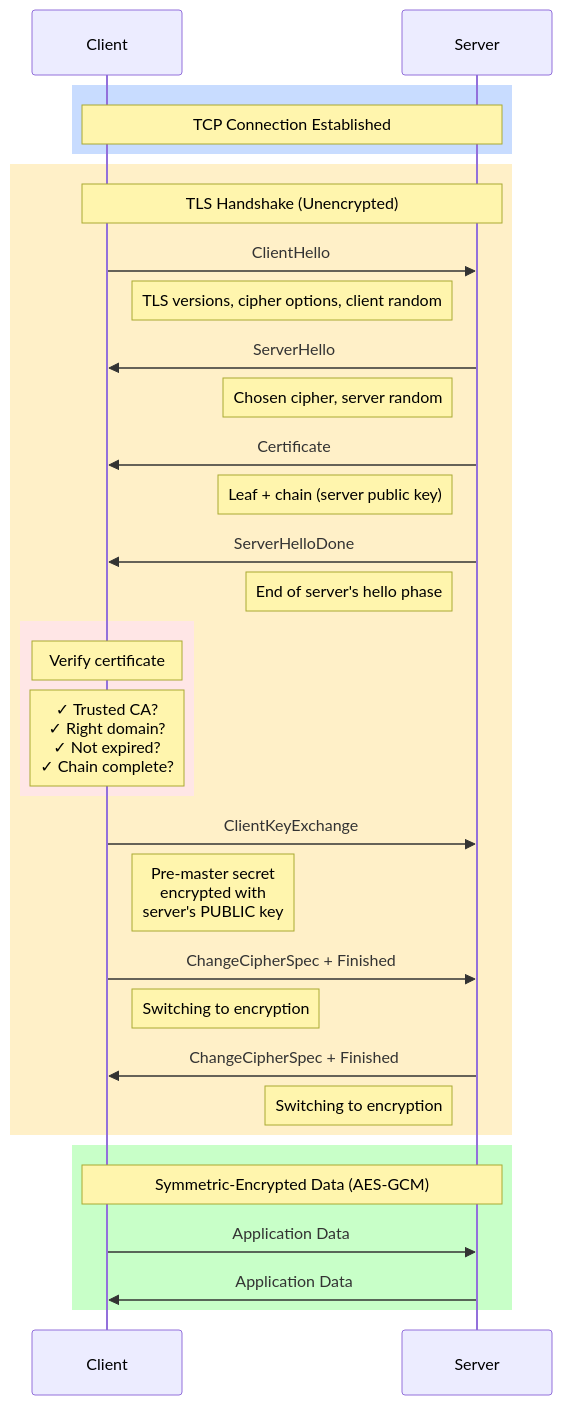
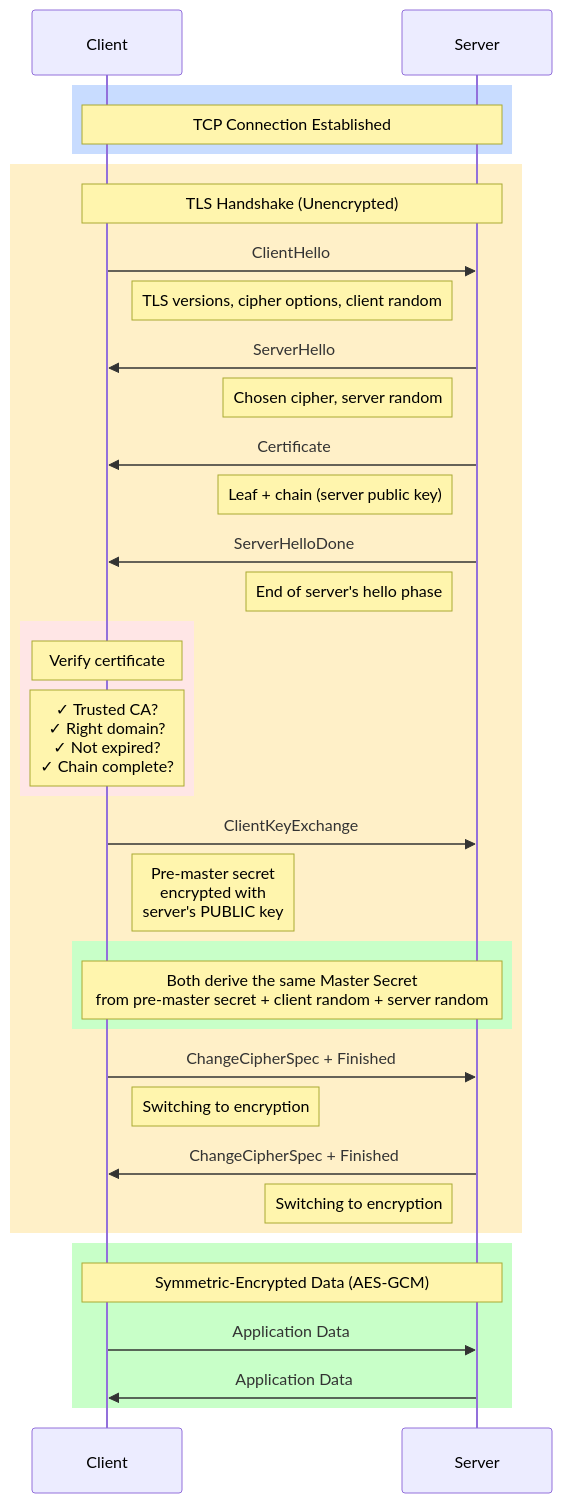
Before and after one commit to mohsinds/cheatsheet: the second of 11 diagrams in Auth identity crypto guide.md, drawn with Mermaid. The commit also changed other lines of this file, not shown here.

First line of the commit message:
Fix structure, dedupe diagrams, add missing definitions

````diff
--- a/Auth identity crypto guide.md
+++ b/Auth identity crypto guide.md
@@ -331,44 +306,48 @@
 ```mermaid
 sequenceDiagram
     participant Client
     participant Server
     
     rect rgb(200, 220, 255)
     Note over Client,Server: TCP Connection Established
     end
     
     rect rgb(255, 240, 200)
     Note over Client,Server: TLS Handshake (Unencrypted)
     Client->>Server: ClientHello
     Note right of Client: TLS versions, cipher options, client random
     
     Server->>Client: ServerHello
     Note left of Server: Chosen cipher, server random
     
     Server->>Client: Certificate
     Note left of Server: Leaf + chain (server public key)
     
     Server->>Client: ServerHelloDone
     Note left of Server: End of server's hello phase
     
     rect rgb(255, 230, 230)
     Note over Client: Verify certificate
     Note over Client: ✓ Trusted CA?<br/>✓ Right domain?<br/>✓ Not expired?<br/>✓ Chain complete?
     end
     
     Client->>Server: ClientKeyExchange
     Note right of Client: Pre-master secret<br/>encrypted with<br/>server's PUBLIC key
     
+    rect rgb(200, 255, 200)
+    Note over Client,Server: Both derive the same Master Secret<br/>from pre-master secret + client random + server random
+    end
+    
     Client->>Server: ChangeCipherSpec + Finished
     Note right of Client: Switching to encryption
     
     Server->>Client: ChangeCipherSpec + Finished
     Note left of Server: Switching to encryption
     end
     
     rect rgb(200, 255, 200)
     Note over Client,Server: Symmetric-Encrypted Data (AES-GCM)
     Client->>Server: Application Data
     Server->>Client: Application Data
     end
 ```
````
